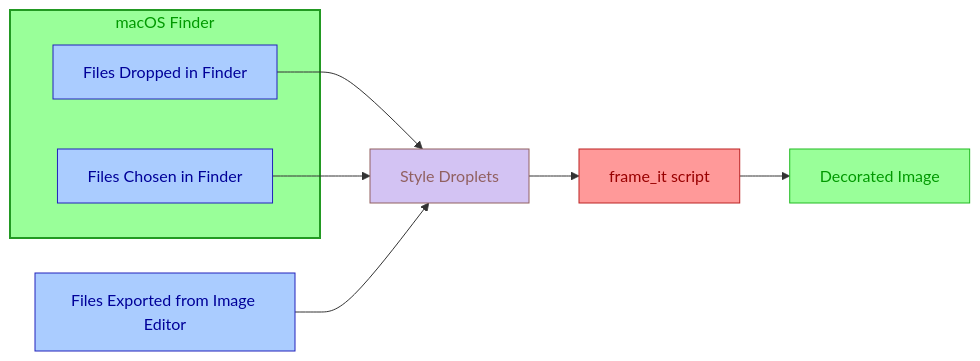
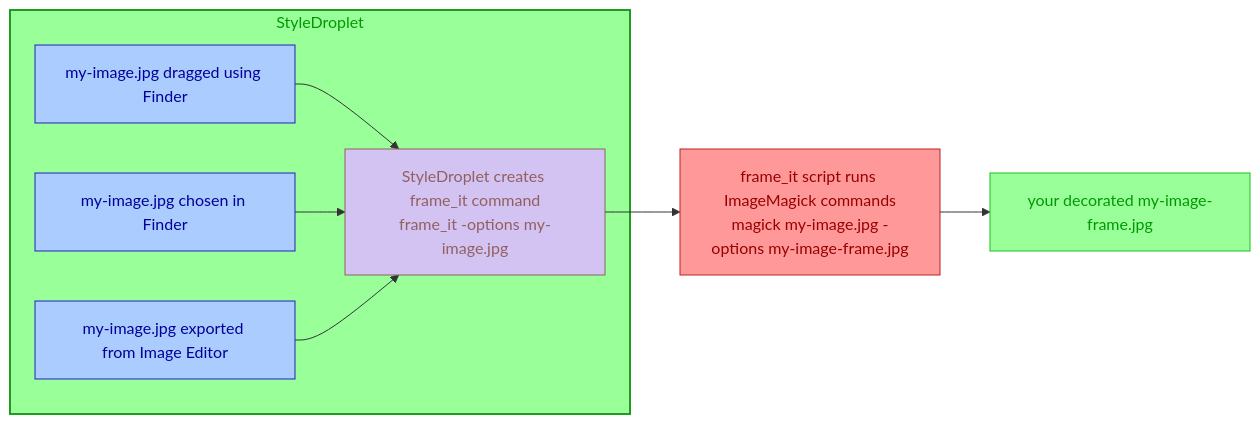
One commit to walterrowe/magick-frames changed the diagram in README.md. Above: the diagram before and after it, drawn with Mermaid. The commit also changed other lines of this file, not shown here.

````diff
--- a/README.md
+++ b/README.md
@@ -41,26 +41,26 @@
 ```mermaid
 graph LR
 
 classDef RED fill:#f99,color:#900,stroke:#b22;
 classDef GRN fill:#9f9,color:#090,stroke:#2b2;
 classDef BLU fill:#acf,color:#009,stroke:#22b;
 classDef LAV fill:#d3c3f3,color:#916060,stroke:#916060;
 
-style Finder fill:#9f9,color:#090,stroke:#292,stroke-width:1.5pt;
+style StyleDroplet fill:#9f9,color:#090,stroke:#292,stroke-width:1.5pt;
 
-subgraph Finder[macOS Finder]
-    dropped[Files Dropped in Finder]:::BLU
-    selected[Files Chosen in Finder]:::BLU
+subgraph StyleDroplet[StyleDroplet]
+    dropped[my-image.jpg dragged using Finder]:::BLU
+    selected[my-image.jpg chosen in Finder]:::BLU
+    exported[my-image.jpg exported from Image Editor]:::BLU
+    droplets[StyleDroplet creates frame_it command<br>frame_it -options my-image.jpg]:::LAV
 end
-exported[Files Exported from Image Editor]:::BLU
 
-droplets[Style Droplets]:::LAV
-frameit[frame_it script]:::RED
-output[Decorated Image]:::GRN
+frameit[frame_it script runs ImageMagick commands<br>magick my-image.jpg -options my-image-frame.jpg]:::RED
+output[your decorated my-image-frame.jpg]:::GRN
 
 dropped --> droplets
 selected --> droplets
 exported --> droplets
 
 droplets --> frameit --> output
 ```
````
